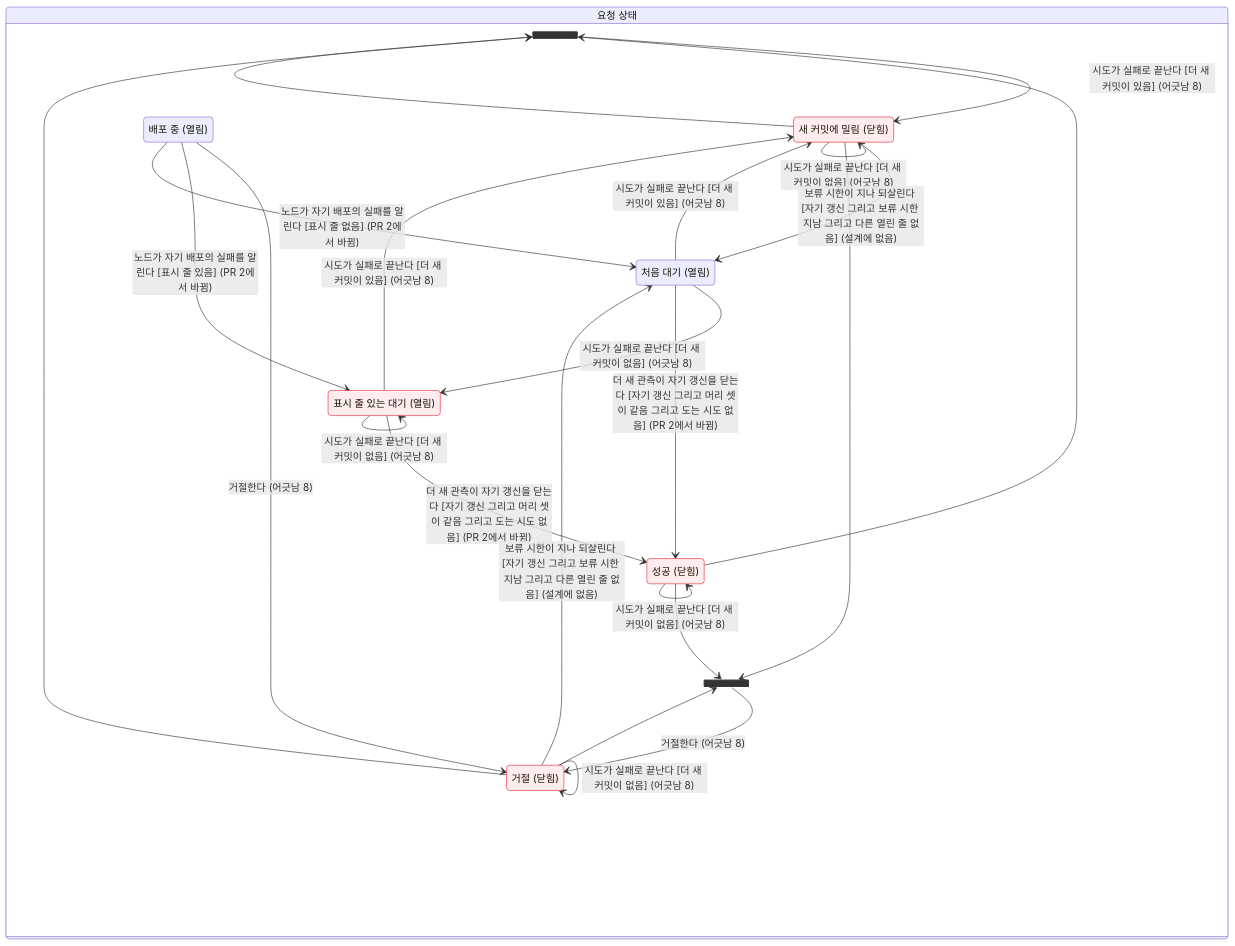
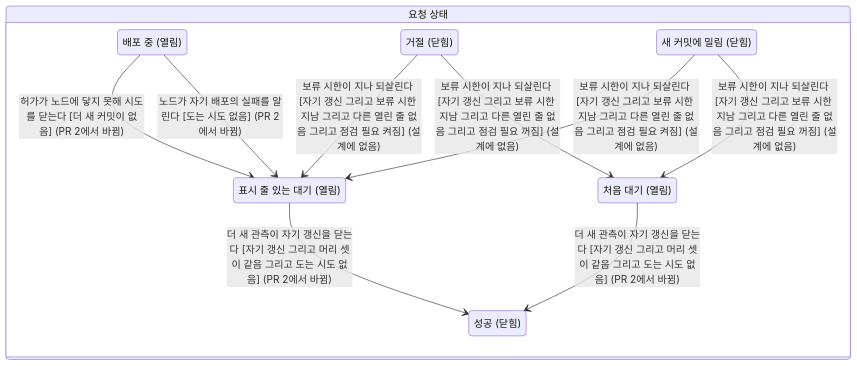
The diagram in docs/deploy-state/generated/request-divergence.mmd (eiaserinnys/Haniel), drawn with Mermaid before and after one commit. The commit also changed 32 other files, not shown here.

```diff
--- a/docs/deploy-state/generated/request-divergence.mmd
+++ b/docs/deploy-state/generated/request-divergence.mmd
@@ -1,40 +1,20 @@
 stateDiagram-v2
     direction TB
     classDef breaks fill:#ffecee,stroke:#e72e3b
     classDef notInDesign fill:#fff3e6,stroke:#e8730c
     state "요청 상태" as status {
-        state join1 <<join>>
-        state join2 <<join>>
         pending: 처음 대기 (열림)
         retry: 표시 줄 있는 대기 (열림)
         success: 성공 (닫힘)
         deploying: 배포 중 (열림)
         rejected: 거절 (닫힘)
         superseded: 새 커밋에 밀림 (닫힘)
-        pending --> superseded: 시도가 실패로 끝난다 [더 새 커밋이 있음] (어긋남 8)
-        pending --> retry: 시도가 실패로 끝난다 [더 새 커밋이 없음] (어긋남 8)
         pending --> success: 더 새 관측이 자기 갱신을 닫는다 [자기 갱신 그리고 머리 셋이 같음 그리고 도는 시도 없음] (PR 2에서 바뀜)
-        retry --> superseded: 시도가 실패로 끝난다 [더 새 커밋이 있음] (어긋남 8)
-        retry --> retry: 시도가 실패로 끝난다 [더 새 커밋이 없음] (어긋남 8)
         retry --> success: 더 새 관측이 자기 갱신을 닫는다 [자기 갱신 그리고 머리 셋이 같음 그리고 도는 시도 없음] (PR 2에서 바뀜)
-        success --> success: 시도가 실패로 끝난다 [더 새 커밋이 없음] (어긋남 8)
-        deploying --> rejected: 거절한다 (어긋남 8)
-        deploying --> retry: 노드가 자기 배포의 실패를 알린다 [표시 줄 있음] (PR 2에서 바뀜)
-        deploying --> pending: 노드가 자기 배포의 실패를 알린다 [표시 줄 없음] (PR 2에서 바뀜)
-        rejected --> rejected: 시도가 실패로 끝난다 [더 새 커밋이 없음] (어긋남 8)
-        rejected --> pending: 보류 시한이 지나 되살린다 [자기 갱신 그리고 보류 시한 지남 그리고 다른 열린 줄 없음] (설계에 없음)
-        superseded --> superseded: 시도가 실패로 끝난다 [더 새 커밋이 없음] (어긋남 8)
-        superseded --> pending: 보류 시한이 지나 되살린다 [자기 갱신 그리고 보류 시한 지남 그리고 다른 열린 줄 없음] (설계에 없음)
-        success --> join1
-        rejected --> join1
-        superseded --> join1
-        join1 --> superseded: 시도가 실패로 끝난다 [더 새 커밋이 있음] (어긋남 8)
-        success --> join2
-        rejected --> join2
-        superseded --> join2
-        join2 --> rejected: 거절한다 (어긋남 8)
+        deploying --> retry: 허가가 노드에 닿지 못해 시도를 닫는다 [더 새 커밋이 없음] (PR 2에서 바뀜)
+        deploying --> retry: 노드가 자기 배포의 실패를 알린다 [도는 시도 없음] (PR 2에서 바뀜)
+        rejected --> retry: 보류 시한이 지나 되살린다 [자기 갱신 그리고 보류 시한 지남 그리고 다른 열린 줄 없음 그리고 점검 필요 켜짐] (설계에 없음)
+        rejected --> pending: 보류 시한이 지나 되살린다 [자기 갱신 그리고 보류 시한 지남 그리고 다른 열린 줄 없음 그리고 점검 필요 꺼짐] (설계에 없음)
+        superseded --> retry: 보류 시한이 지나 되살린다 [자기 갱신 그리고 보류 시한 지남 그리고 다른 열린 줄 없음 그리고 점검 필요 켜짐] (설계에 없음)
+        superseded --> pending: 보류 시한이 지나 되살린다 [자기 갱신 그리고 보류 시한 지남 그리고 다른 열린 줄 없음 그리고 점검 필요 꺼짐] (설계에 없음)
     }
-    class rejected breaks
-    class retry breaks
-    class success breaks
-    class superseded breaks
```
